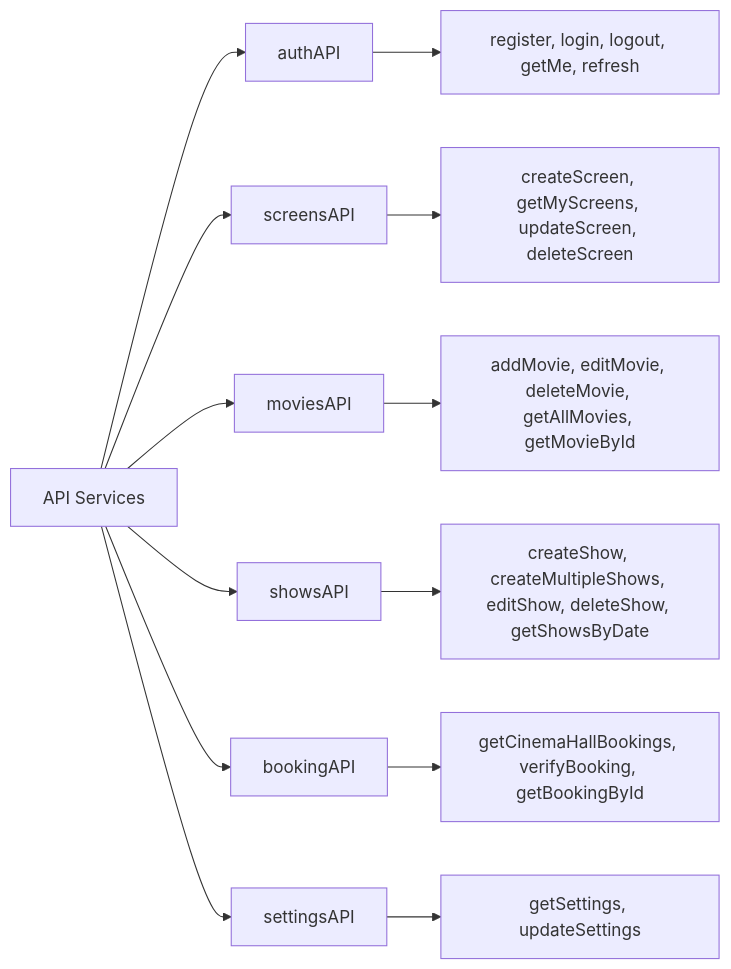
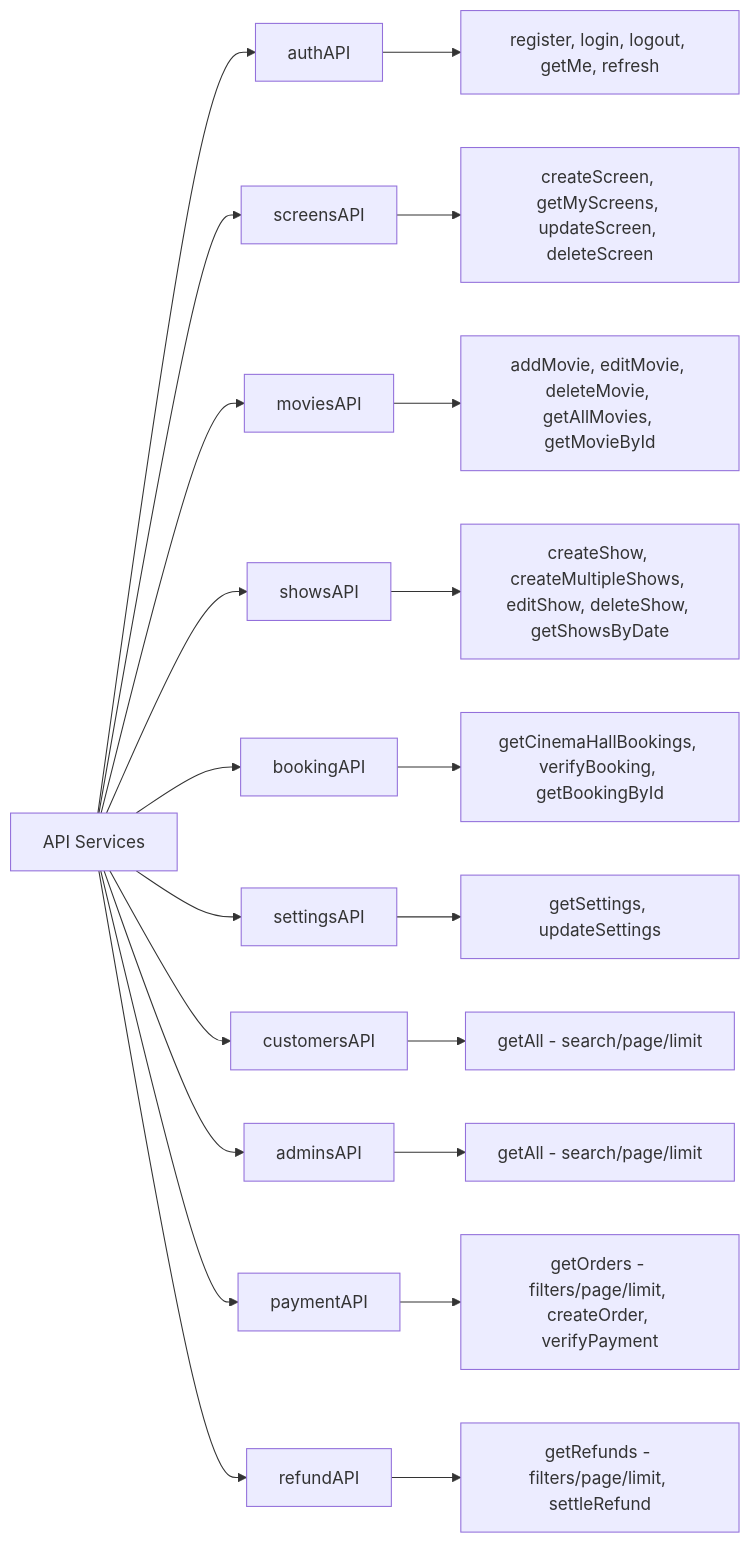
Diagram 12 of 17 in admin.md (hduraimurugan/cinema-app-docs), drawn with Mermaid before and after one commit. The commit also changed other lines of this file and 1 other file, not shown here.

Commit message:
update: enhance backend API documentation; add pagination and limit parameters for various endpoints

````diff
--- a/admin.md
+++ b/admin.md
@@ -1307,16 +1348,24 @@
 ```mermaid
 graph LR
     A[API Services] --> B[authAPI]
     A --> C[screensAPI]
     A --> D[moviesAPI]
     A --> E[showsAPI]
     A --> F[bookingAPI]
     A --> G2[settingsAPI]
+    A --> G3[customersAPI]
+    A --> G4[adminsAPI]
+    A --> G5[paymentAPI]
+    A --> G6[refundAPI]
 
     B --> G[register, login, logout, getMe, refresh]
     C --> H[createScreen, getMyScreens, updateScreen, deleteScreen]
     D --> I[addMovie, editMovie, deleteMovie, getAllMovies, getMovieById]
     E --> J[createShow, createMultipleShows, editShow, deleteShow, getShowsByDate]
     F --> K[getCinemaHallBookings, verifyBooking, getBookingById]
     G2 --> L[getSettings, updateSettings]
+    G3 --> M[getAll - search/page/limit]
+    G4 --> N[getAll - search/page/limit]
+    G5 --> O[getOrders - filters/page/limit, createOrder, verifyPayment]
+    G6 --> P[getRefunds - filters/page/limit, settleRefund]
 ```
````
